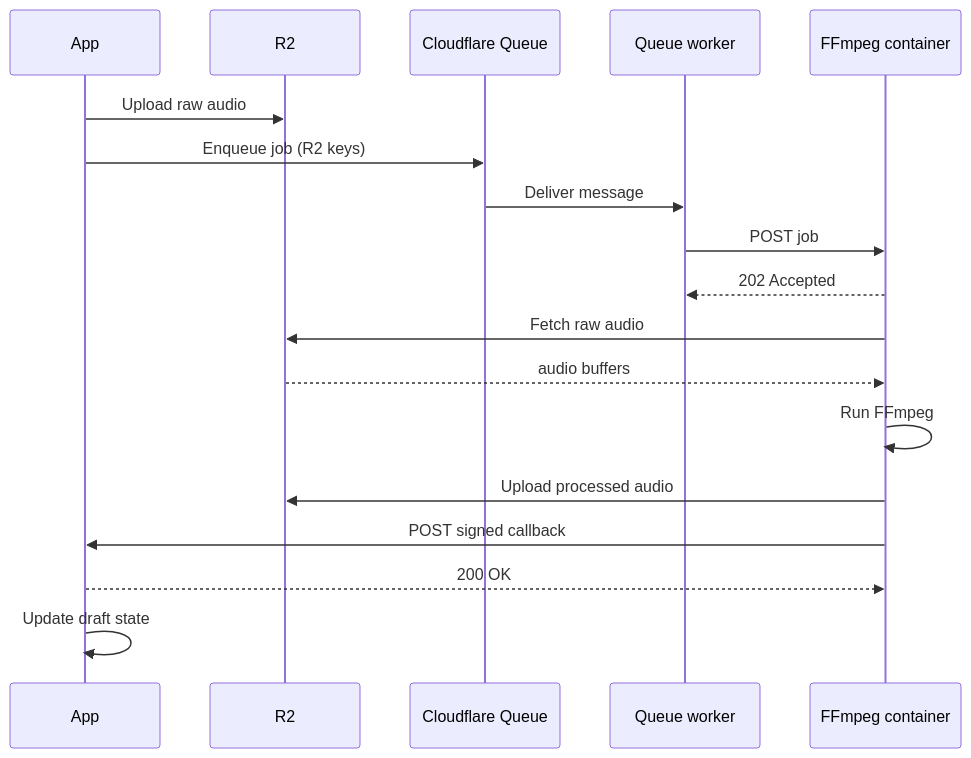
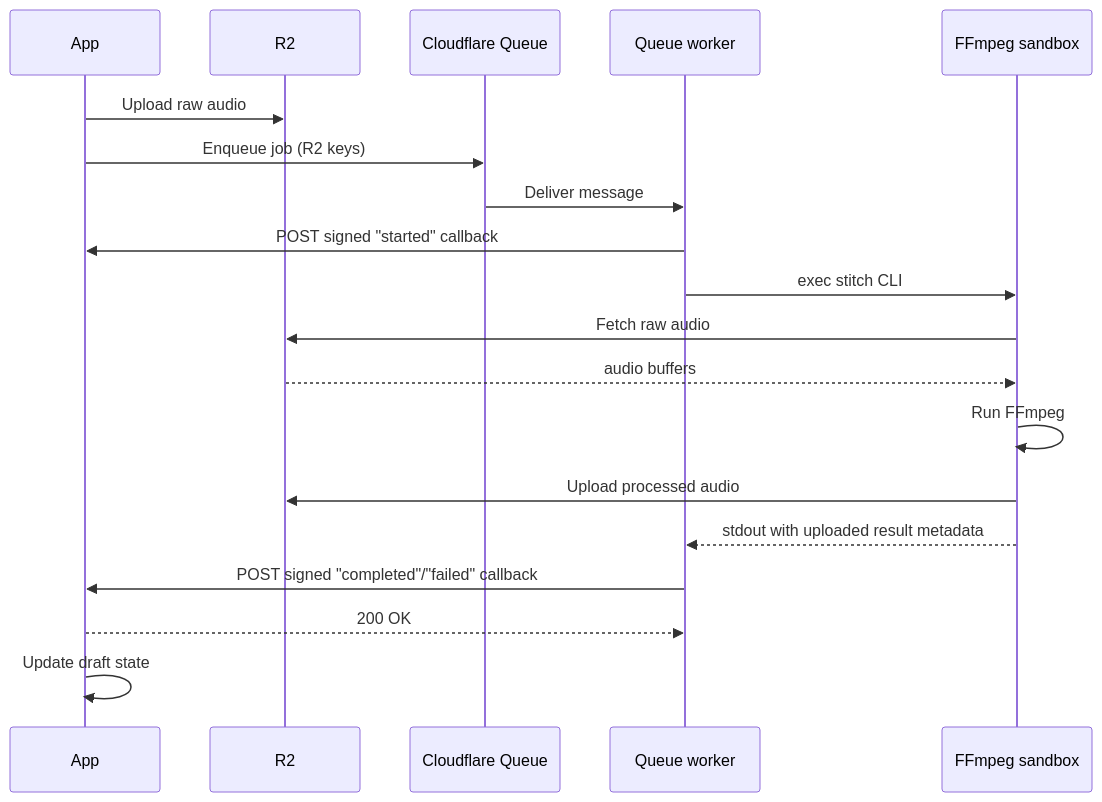
One commit to kentcdodds/kentcdodds.com changed the diagram in services/site/content/blog/offloading-ffmpeg-with-cloudflare.mdx. Above: the diagram before and after it, drawn with Mermaid. The commit also changed other lines of this file and 36 other files, not shown here.

````diff
--- a/services/site/content/blog/offloading-ffmpeg-with-cloudflare.mdx
+++ b/services/site/content/blog/offloading-ffmpeg-with-cloudflare.mdx
@@ -104,20 +104,21 @@
 ```mermaid
 sequenceDiagram
   participant App as App
   participant R2 as R2
   participant Queue as Cloudflare Queue
   participant Worker as Queue worker
-  participant Container as FFmpeg container
+  participant Sandbox as FFmpeg sandbox
   App->>R2: Upload raw audio
   App->>Queue: Enqueue job (R2 keys)
   Queue->>Worker: Deliver message
-  Worker->>Container: POST job
-  Container-->>Worker: 202 Accepted
-  Container->>R2: Fetch raw audio
-  R2-->>Container: audio buffers
-  Container->>Container: Run FFmpeg
-  Container->>R2: Upload processed audio
-  Container->>App: POST signed callback
-  App-->>Container: 200 OK
+  Worker->>App: POST signed "started" callback
+  Worker->>Sandbox: exec stitch CLI
+  Sandbox->>R2: Fetch raw audio
+  R2-->>Sandbox: audio buffers
+  Sandbox->>Sandbox: Run FFmpeg
+  Sandbox->>R2: Upload processed audio
+  Sandbox-->>Worker: stdout with uploaded result metadata
+  Worker->>App: POST signed "completed"/"failed" callback
+  App-->>Worker: 200 OK
   App->>App: Update draft state
 ```
````
